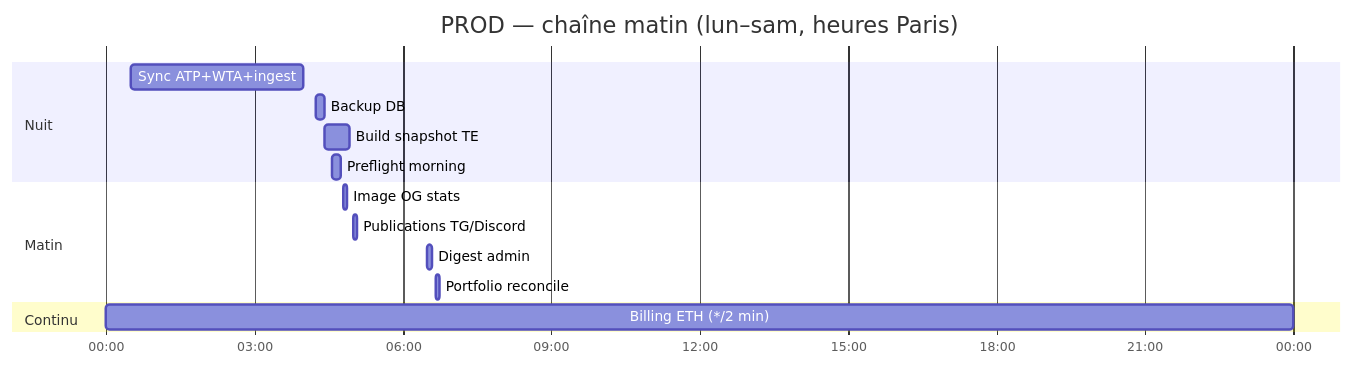
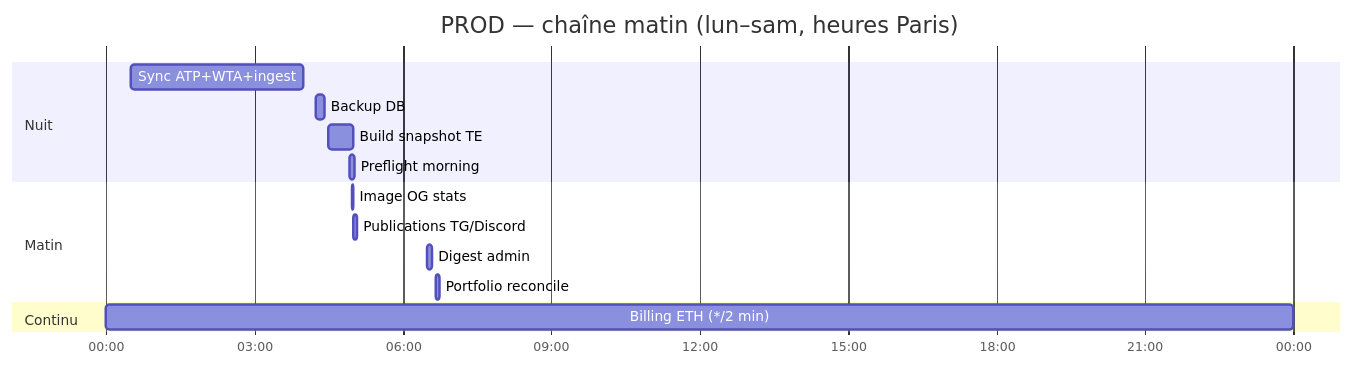
Before and after one commit to Miou-ux/BettingHUD: the diagram in docs/CRONS_SEMAINE.md, drawn with Mermaid. The commit also changed other lines of this file and 7 other files, not shown here.

````diff
--- a/docs/CRONS_SEMAINE.md
+++ b/docs/CRONS_SEMAINE.md
@@ -52,18 +52,18 @@
 ```mermaid
 gantt
     title PROD — chaîne matin (lun–sam, heures Paris)
     dateFormat HH:mm
     axisFormat %H:%M
     section Nuit
     Sync ATP+WTA+ingest   :00:30, 210m
     Backup DB             :04:15, 10m
-    Build snapshot TE     :04:25, 30m
-    Preflight morning     :04:35, 10m
+    Build snapshot TE     :04:30, 30m
+    Preflight morning     :04:56, 5m
     section Matin
-    Image OG stats        :04:48, 5m
+    Image OG stats        :04:58, 2m
     Publications TG/Discord :05:00, 5m
     Digest admin          :06:30, 5m
     Portfolio reconcile   :06:40, 5m
     section Continu
     Billing ETH (*/2 min)   :00:00, 24h
 ```
````
